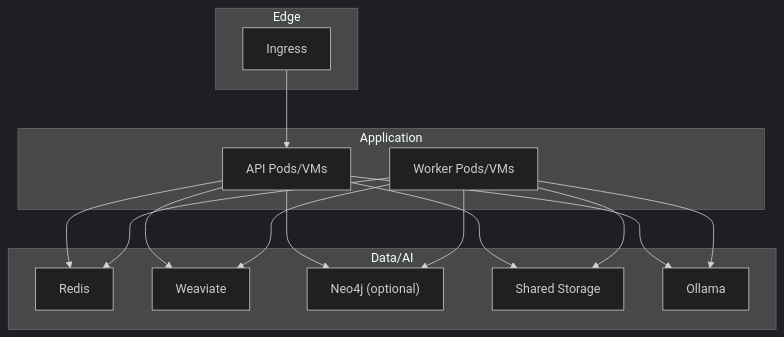
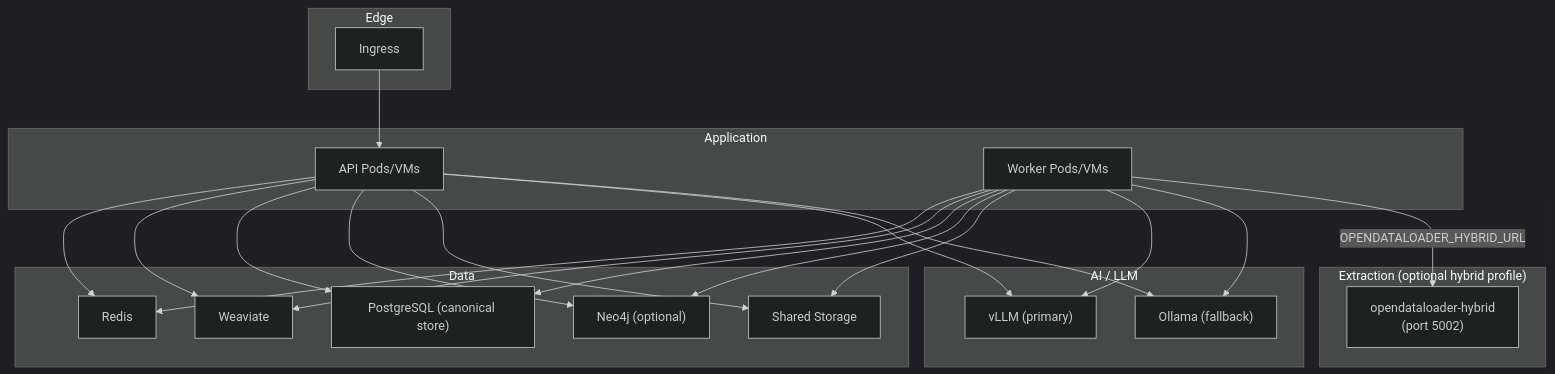
Before and after one commit to velospot/grc-policy-server: the fourth of 4 diagrams in ARCHITECTURE.md, drawn with Mermaid (dark theme). The commit also changed other lines of this file and 28 other files, not shown here.

````diff
--- a/ARCHITECTURE.md
+++ b/ARCHITECTURE.md
@@ -95,33 +105,47 @@
 ```mermaid
 %%{init: {'flowchart': {'useMaxWidth': true}}}%%
 flowchart TB
     subgraph Edge["Edge"]
         LB["Ingress"]
     end
 
     subgraph App["Application"]
         API["API Pods/VMs"]
         Worker["Worker Pods/VMs"]
     end
 
-    subgraph Data["Data/AI"]
+    subgraph AI["AI / LLM"]
+        vLLM["vLLM (primary)"]
+        Ollama["Ollama (fallback)"]
+    end
+
+    subgraph Data["Data"]
         Redis["Redis"]
         Weaviate["Weaviate"]
+        Postgres["PostgreSQL (canonical store)"]
         Neo4j["Neo4j (optional)"]
         Storage["Shared Storage"]
-        Ollama["Ollama"]
+    end
+
+    subgraph Extract["Extraction (optional hybrid profile)"]
+        OPDHybrid["opendataloader-hybrid\n(port 5002)"]
     end
 
     LB --> API
     API --> Redis
     API --> Weaviate
+    API --> Postgres
     API --> Neo4j
     API --> Storage
+    API --> vLLM
     API --> Ollama
 
     Worker --> Redis
     Worker --> Weaviate
+    Worker --> Postgres
     Worker --> Neo4j
     Worker --> Storage
+    Worker --> vLLM
     Worker --> Ollama
+    Worker -->|OPENDATALOADER_HYBRID_URL| OPDHybrid
 ```
````
